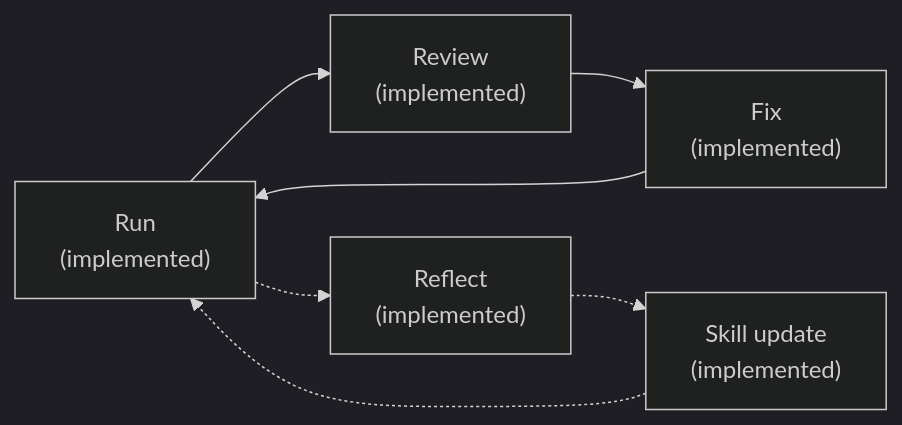
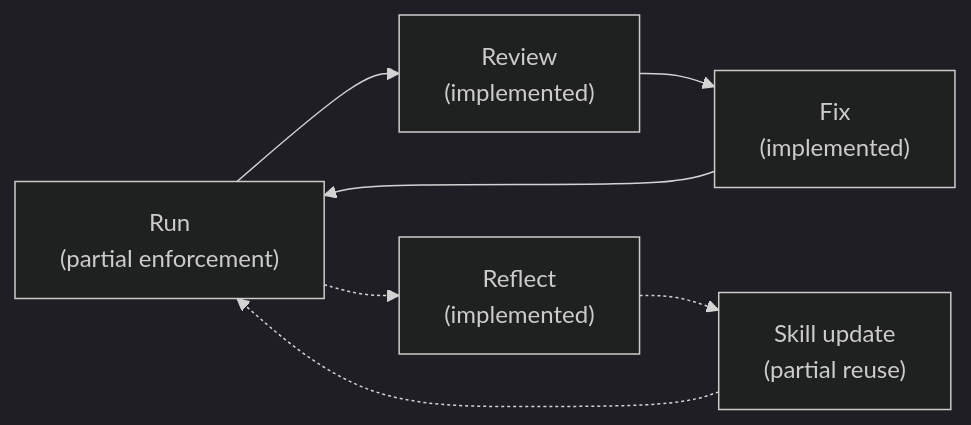
Before and after one commit to bumstone/Causality: the third of 4 diagrams in README.md, drawn with Mermaid (dark theme). The commit also changed other lines of this file and 5 other files, not shown here.

````diff
--- a/README.md
+++ b/README.md
@@ -148,9 +151,9 @@
 ```mermaid
 flowchart LR
-    RUN["Run<br/>(implemented)"] --> REVIEW["Review<br/>(implemented)"]
+    RUN["Run<br/>(partial enforcement)"] --> REVIEW["Review<br/>(implemented)"]
     REVIEW --> FIX["Fix<br/>(implemented)"]
     FIX --> RUN
     RUN -.-> REFLECT["Reflect<br/>(implemented)"]
-    REFLECT -.-> SKILL["Skill update<br/>(implemented)"]
+    REFLECT -.-> SKILL["Skill update<br/>(partial reuse)"]
     SKILL -.-> RUN
 ```
````
